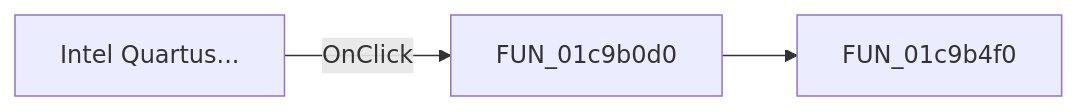
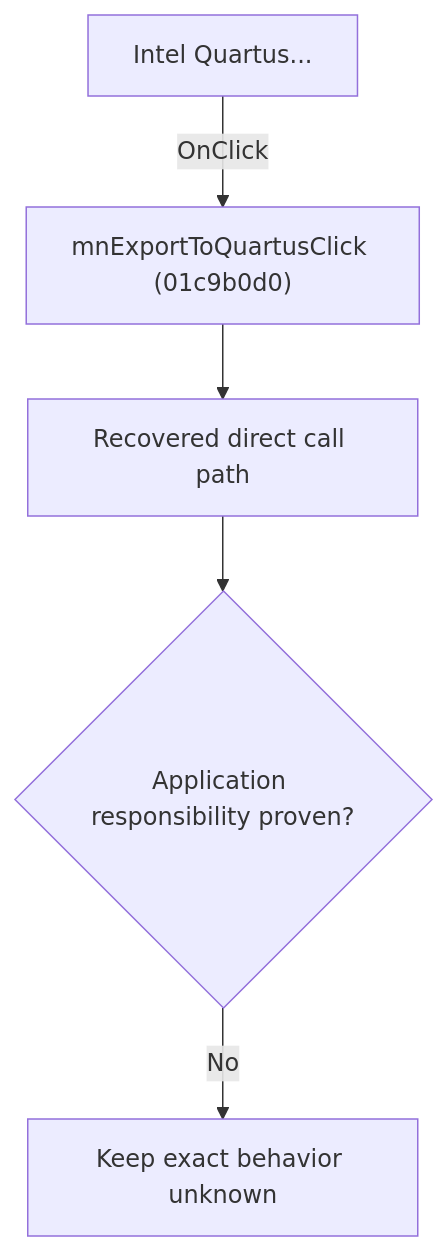
Before and after one commit to MovGP0/TIARA: the diagram in docs/ui-controls/schematiceditor/mnexporttoquartus-c1a30d2c3c.md, drawn with Mermaid. The commit also changed other lines of this file and 1062 other files, not shown here.

````diff
--- a/docs/ui-controls/schematiceditor/mnexporttoquartus-c1a30d2c3c.md
+++ b/docs/ui-controls/schematiceditor/mnexporttoquartus-c1a30d2c3c.md
@@ -27,5 +27,7 @@
 ```mermaid
-flowchart LR
-    control["Intel Quartus..."] -->|OnClick| handler["FUN_01c9b0d0"]
-    handler --> call1["FUN_01c9b4f0"]
+flowchart TD
+    control["Intel Quartus..."] -->|"OnClick"| handler["mnExportToQuartusClick (01c9b0d0)"]
+    handler --> recovered["Recovered direct call path"]
+    recovered --> gap{"Application responsibility proven?"}
+    gap -->|"No"| blocked["Keep exact behavior unknown"]
 ```
````
